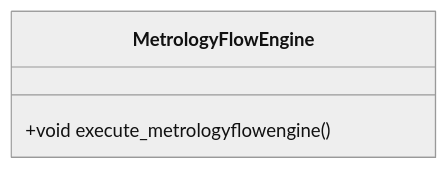
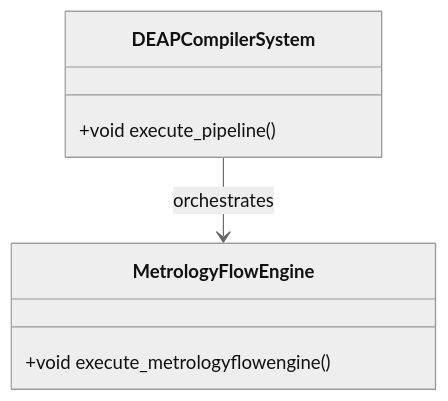
One commit to gintatkinson/dumpiler-01 changed the diagram in docs/features/FEAT-26-MetrologyFlowEngine.md. Above: the diagram before and after it, drawn with Mermaid (neutral theme). The commit also changed other lines of this file and 90 other files, not shown here.

````diff
--- a/docs/features/FEAT-26-MetrologyFlowEngine.md
+++ b/docs/features/FEAT-26-MetrologyFlowEngine.md
@@ -25,6 +25,10 @@
 ```mermaid
 classDiagram
+    class DEAPCompilerSystem {
+        +void execute_pipeline()
+    }
     class MetrologyFlowEngine {
         +void execute_metrologyflowengine()
     }
+    DEAPCompilerSystem --> MetrologyFlowEngine : orchestrates
 ```
````
